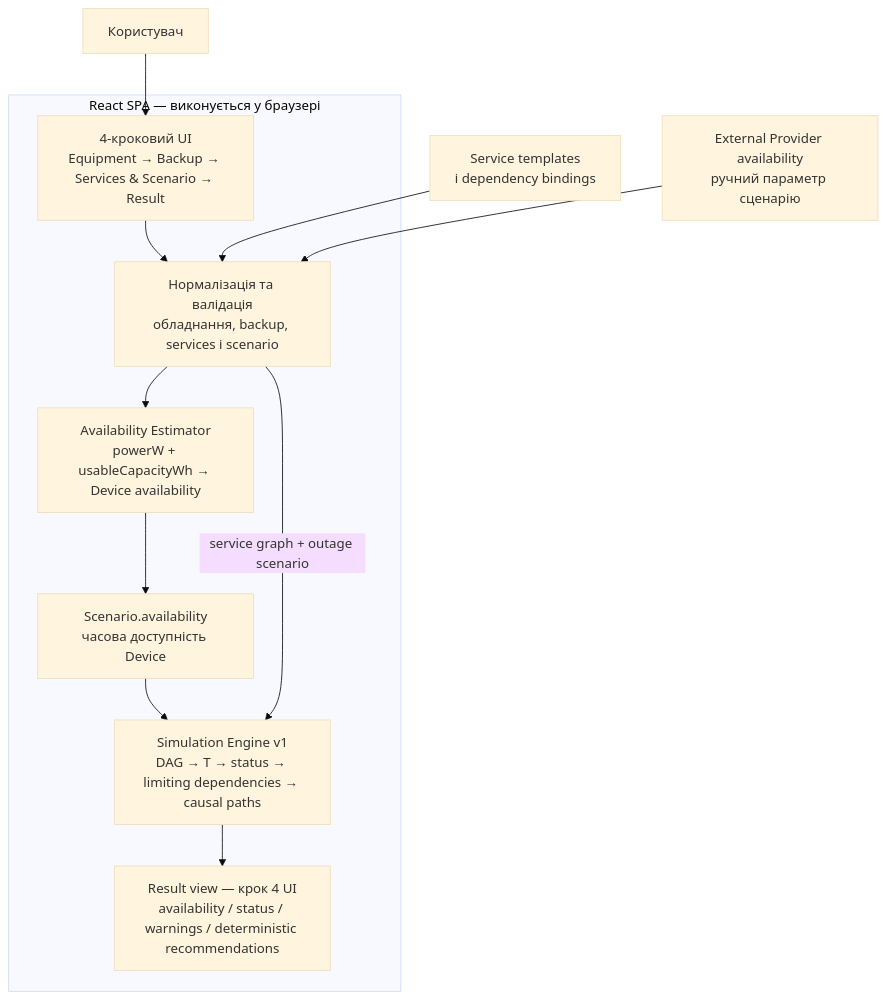
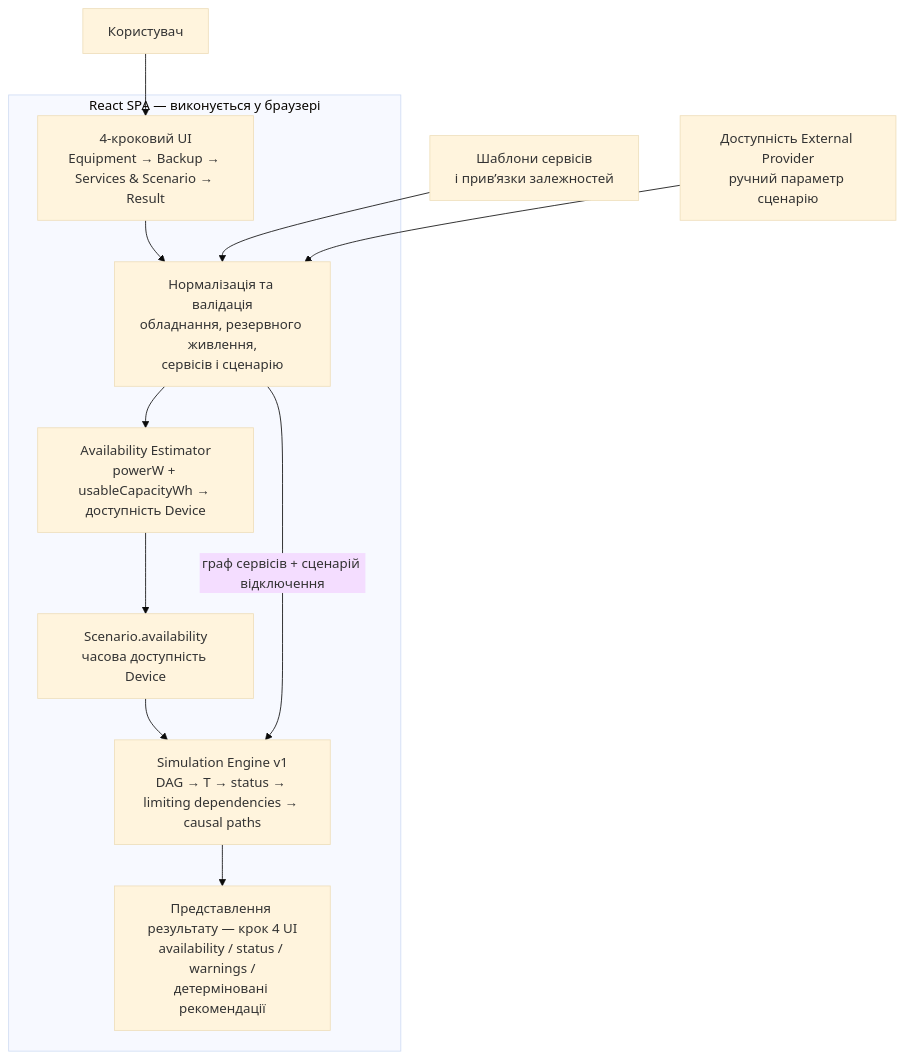
The diagram in docs/diagrams/mvp-architecture.md (Serhii-Palamarchuk/capstone-household-service-availability), drawn with Mermaid (base theme) before and after one commit. The commit also changed other lines of this file, not shown here.

Commit message:
docs: align rendered architecture documentation

````diff
--- a/docs/diagrams/mvp-architecture.md
+++ b/docs/diagrams/mvp-architecture.md
@@ -5,26 +5,26 @@
 ```mermaid
 flowchart TB
     U["Користувач"]
-    ST["Service templates<br/>і dependency bindings"]
-    EP["External Provider availability<br/>ручний параметр сценарію"]
+    ST["Шаблони сервісів<br/>і прив’язки залежностей"]
+    EP["Доступність External Provider<br/>ручний параметр сценарію"]
 
     subgraph SPA["React SPA — виконується у браузері"]
         UI["4-кроковий UI<br/>Equipment → Backup → Services & Scenario → Result"]
-        V["Нормалізація та валідація<br/>обладнання, backup, services і scenario"]
-        AE["Availability Estimator<br/>powerW + usableCapacityWh → Device availability"]
+        V["Нормалізація та валідація<br/>обладнання, резервного живлення,<br/>сервісів і сценарію"]
+        AE["Availability Estimator<br/>powerW + usableCapacityWh → доступність Device"]
         SA["Scenario.availability<br/>часова доступність Device"]
         SE["Simulation Engine v1<br/>DAG → T → status → limiting dependencies → causal paths"]
-        R["Result view — крок 4 UI<br/>availability / status / warnings / deterministic recommendations"]
+        R["Представлення результату — крок 4 UI<br/>availability / status / warnings /<br/>детерміновані рекомендації"]
 
         UI --> V
         V --> AE
         AE --> SA
         SA --> SE
-        V -->|service graph + outage scenario| SE
+        V -->|граф сервісів + сценарій відключення| SE
         SE --> R
     end
 
     U --> UI
     ST --> V
     EP --> V
 ```
````
